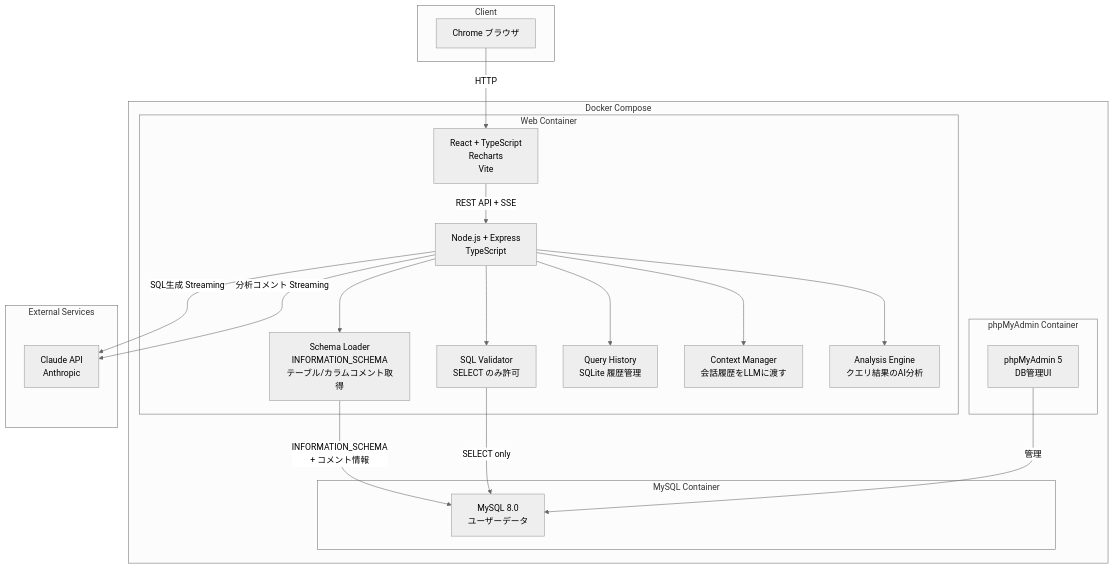
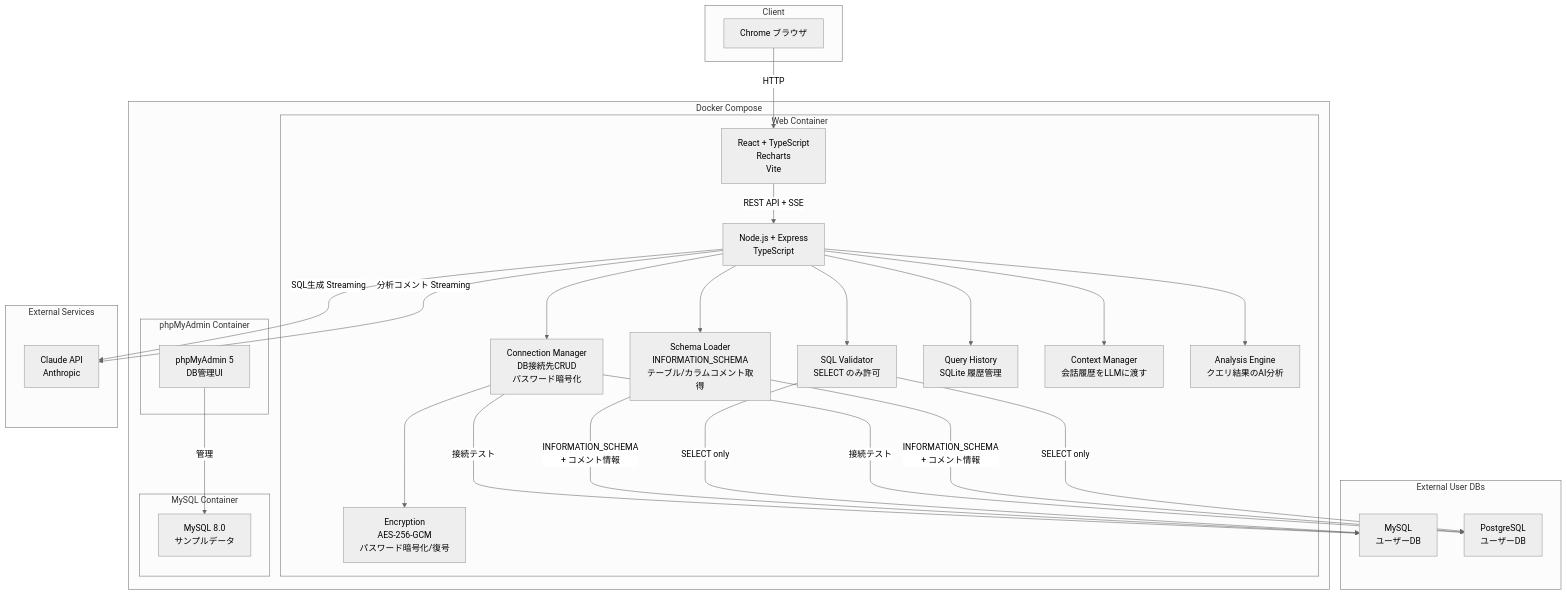
Before and after one commit to okegawaatclink/gaido-dataagent: the first of 2 diagrams in ai_generated/requirements/architecture.md, drawn with Mermaid (neutral theme). The commit also changed other lines of this file and 7 other files, not shown here.

````diff
--- a/ai_generated/requirements/architecture.md
+++ b/ai_generated/requirements/architecture.md
@@ -7,43 +9,56 @@
 ```mermaid
 flowchart TB
     subgraph "Client"
         Browser["Chrome ブラウザ"]
     end
 
     subgraph "Docker Compose"
         subgraph "Web Container"
             React["React + TypeScript<br>Recharts<br>Vite"]
             Express["Node.js + Express<br>TypeScript"]
+            ConnectionManager["Connection Manager<br>DB接続先CRUD<br>パスワード暗号化"]
             SchemaLoader["Schema Loader<br>INFORMATION_SCHEMA<br>テーブル/カラムコメント取得"]
             SQLValidator["SQL Validator<br>SELECT のみ許可"]
             QueryHistory["Query History<br>SQLite 履歴管理"]
             ContextManager["Context Manager<br>会話履歴をLLMに渡す"]
             AnalysisEngine["Analysis Engine<br>クエリ結果のAI分析"]
+            Encryption["Encryption<br>AES-256-GCM<br>パスワード暗号化/復号"]
         end
 
         subgraph "MySQL Container"
-            MySQL["MySQL 8.0<br>ユーザーデータ"]
+            MySQL["MySQL 8.0<br>サンプルデータ"]
         end
 
         subgraph "phpMyAdmin Container"
             PMA["phpMyAdmin 5<br>DB管理UI"]
         end
+    end
+
+    subgraph "External User DBs"
+        UserMySQL["MySQL<br>ユーザーDB"]
+        UserPostgreSQL["PostgreSQL<br>ユーザーDB"]
     end
 
     subgraph "External Services"
         Claude["Claude API<br>Anthropic"]
     end
 
     Browser -->|"HTTP"| React
     React -->|"REST API + SSE"| Express
     Express -->|"SQL生成 Streaming"| Claude
     Express -->|"分析コメント Streaming"| Claude
+    Express --> ConnectionManager
     Express --> SchemaLoader
     Express --> SQLValidator
     Express --> QueryHistory
     Express --> ContextManager
     Express --> AnalysisEngine
-    SchemaLoader -->|"INFORMATION_SCHEMA<br>+ コメント情報"| MySQL
-    SQLValidator -->|"SELECT only"| MySQL
+    ConnectionManager --> Encryption
+    ConnectionManager -->|"接続テスト"| UserMySQL
+    ConnectionManager -->|"接続テスト"| UserPostgreSQL
+    SchemaLoader -->|"INFORMATION_SCHEMA<br>+ コメント情報"| UserMySQL
+    SchemaLoader -->|"INFORMATION_SCHEMA<br>+ コメント情報"| UserPostgreSQL
+    SQLValidator -->|"SELECT only"| UserMySQL
+    SQLValidator -->|"SELECT only"| UserPostgreSQL
     PMA -->|"管理"| MySQL
 ```
````
